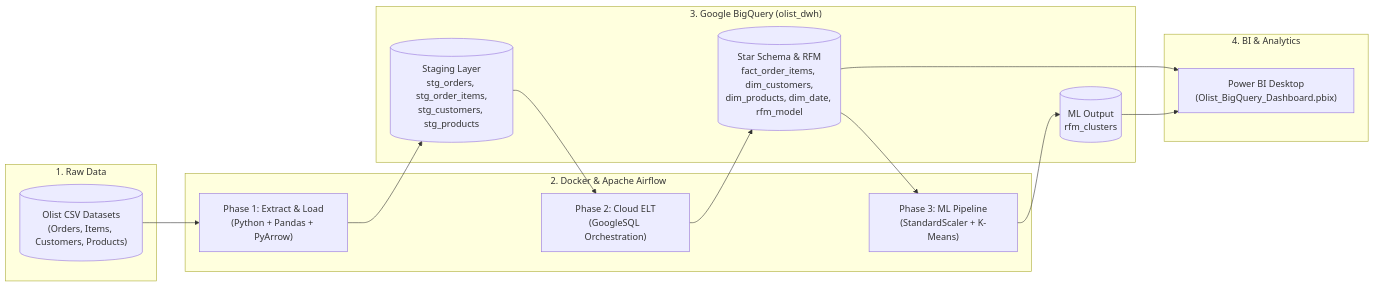
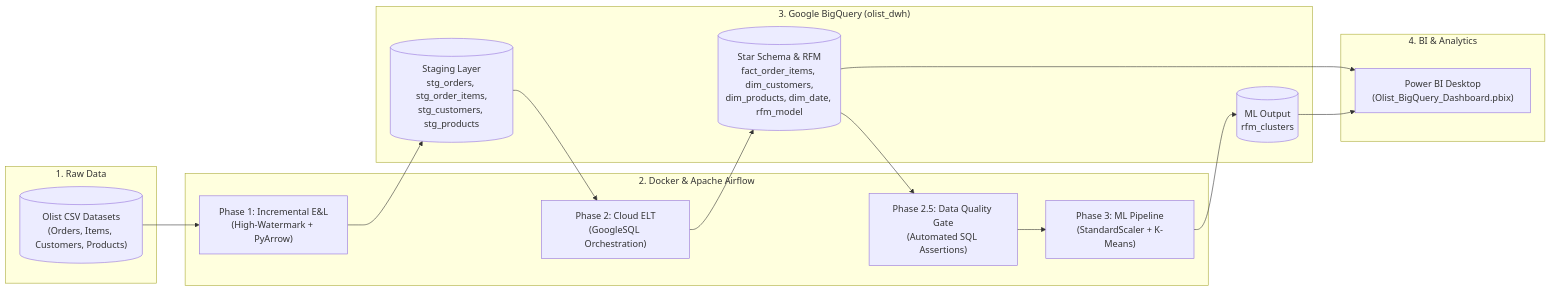
One commit to phamduchung012005/ecommerce-data-pipeline changed the diagram in README.md. Above: the diagram before and after it, drawn with Mermaid. The commit also changed other lines of this file, not shown here.

Commit message:
Docs: Cap nhat README sang kien truc 11 tac vu (Incremental Load & Data Quality Gate)

````diff
--- a/README.md
+++ b/README.md
@@ -24,26 +24,27 @@
 ```mermaid
 flowchart LR
     subgraph Source["1. Raw Data"]
         CSV[("Olist CSV Datasets\n(Orders, Items, Customers, Products)")]
     end
 
     subgraph Airflow["2. Docker & Apache Airflow"]
-        EL["Phase 1: Extract & Load\n(Python + Pandas + PyArrow)"]
+        EL["Phase 1: Incremental E&L\n(High-Watermark + PyArrow)"]
         ELT["Phase 2: Cloud ELT\n(GoogleSQL Orchestration)"]
+        DQ["Phase 2.5: Data Quality Gate\n(Automated SQL Assertions)"]
         ML["Phase 3: ML Pipeline\n(StandardScaler + K-Means)"]
     end
 
     subgraph BigQuery["3. Google BigQuery (olist_dwh)"]
         STG[("Staging Layer\nstg_orders, stg_order_items,\nstg_customers, stg_products")]
         DWH[("Star Schema & RFM\nfact_order_items, dim_customers,\ndim_products, dim_date, rfm_model")]
         OUT[("ML Output\nrfm_clusters")]
     end
 
     subgraph BI["4. BI & Analytics"]
         PBI["Power BI Desktop\n(Olist_BigQuery_Dashboard.pbix)"]
     end
 
-    CSV --> EL --> STG --> ELT --> DWH --> ML --> OUT
+    CSV --> EL --> STG --> ELT --> DWH --> DQ --> ML --> OUT
     DWH --> PBI
     OUT --> PBI
 ```
````
